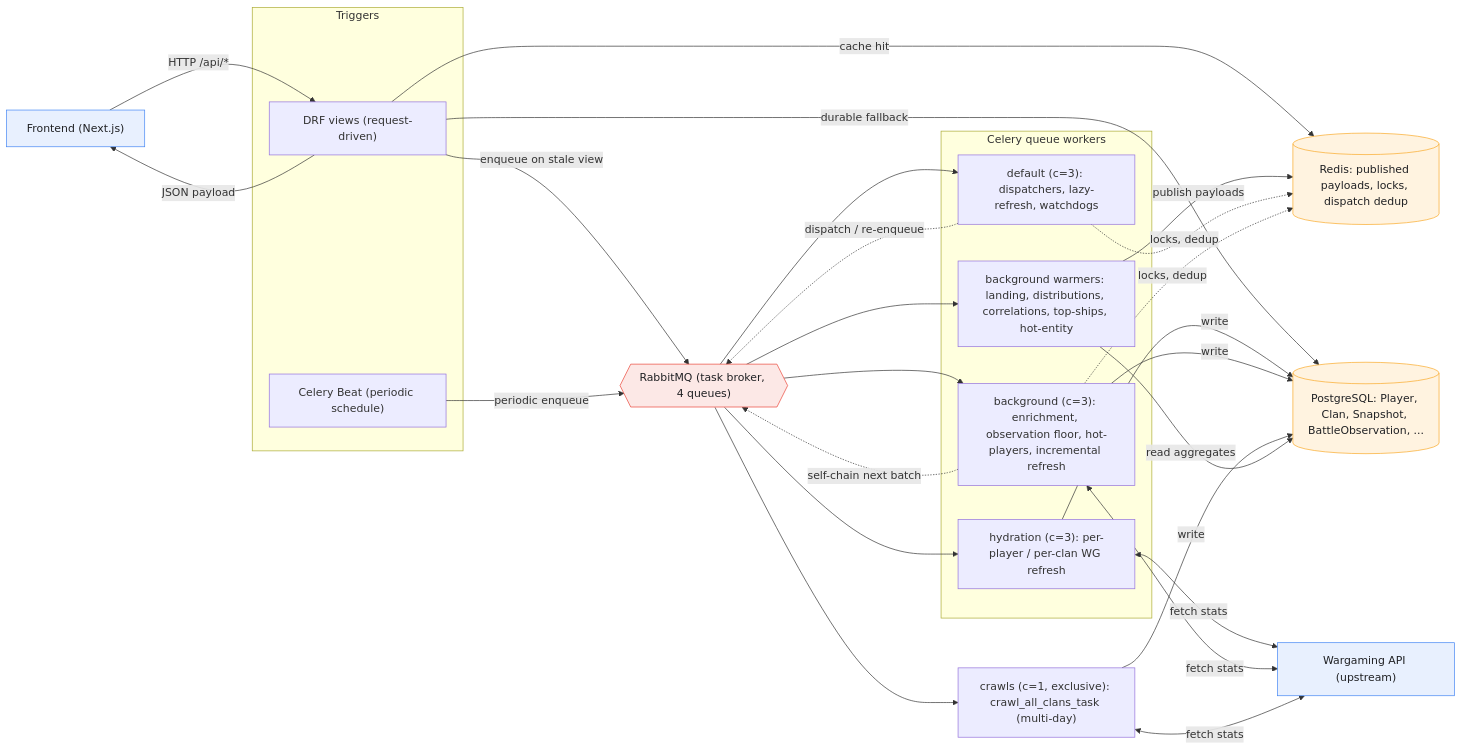
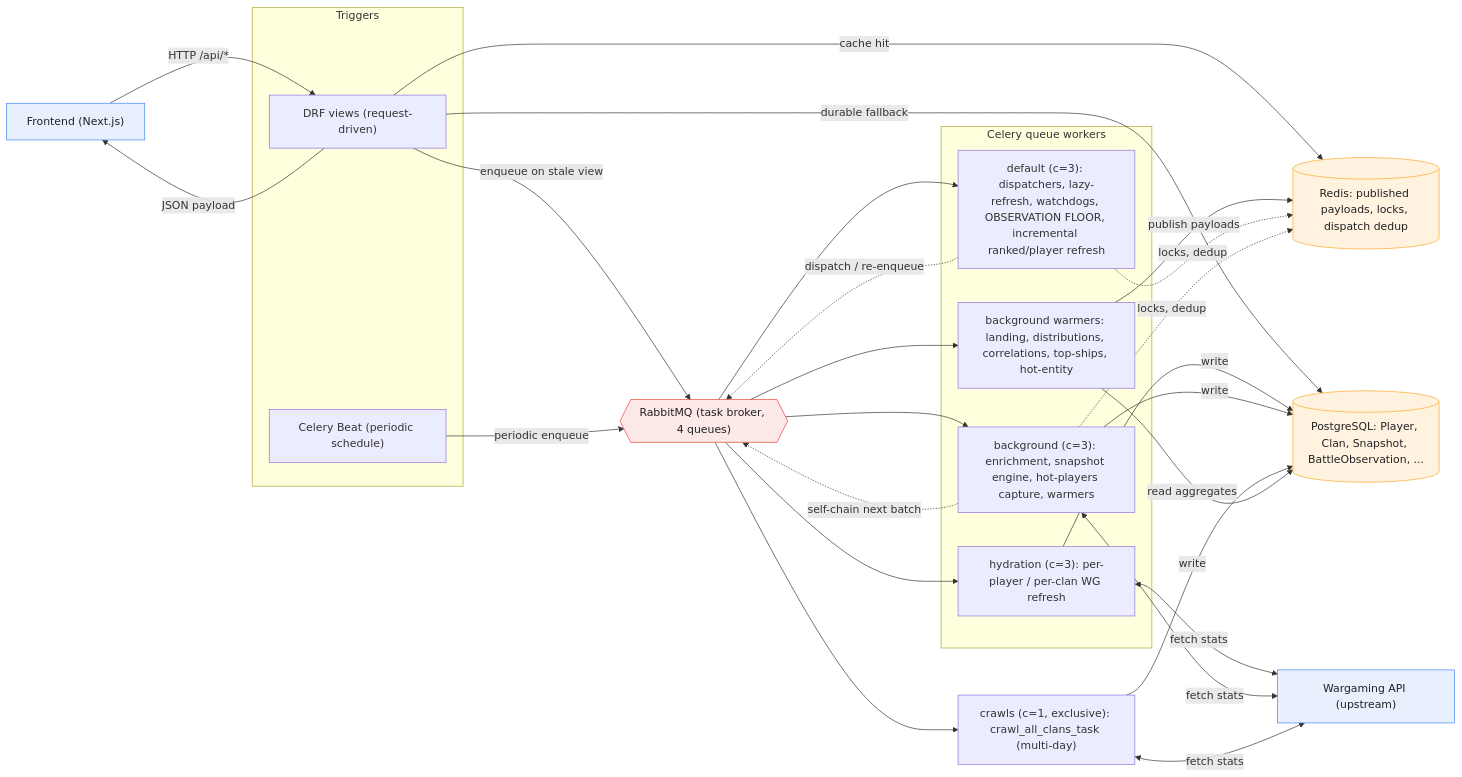
Before and after one commit to nitro-panks/battlestats: the first of 3 diagrams in agents/diagrams/queue-data-flow.md, drawn with Mermaid. The commit also changed other lines of this file and 2 other files, not shown here.

First line of the commit message:
chore(floor): persist na cooldown/self-chain flags + correct floor queue in diagrams (#63)

````diff
--- a/agents/diagrams/queue-data-flow.md
+++ b/agents/diagrams/queue-data-flow.md
@@ -8,73 +8,73 @@
 ```mermaid
 flowchart LR
     %% ===== External actors =====
     FE["Frontend (Next.js)"]
     WG["Wargaming API (upstream)"]
 
     %% ===== Triggers =====
     subgraph TRIG["Triggers"]
         VIEWS["DRF views (request-driven)"]
         BEAT["Celery Beat (periodic schedule)"]
     end
 
     %% ===== Broker =====
     MQ{{"RabbitMQ (task broker, 4 queues)"}}
 
     %% ===== Queue workers =====
     subgraph QUEUES["Celery queue workers"]
-        DEF["default (c=3): dispatchers, lazy-refresh, watchdogs"]
+        DEF["default (c=3): dispatchers, lazy-refresh, watchdogs, OBSERVATION FLOOR, incremental ranked/player refresh"]
         HYD["hydration (c=3): per-player / per-clan WG refresh"]
-        BG["background (c=3): enrichment, observation floor, hot-players, incremental refresh"]
+        BG["background (c=3): enrichment, snapshot engine, hot-players capture, warmers"]
         WARM["background warmers: landing, distributions, correlations, top-ships, hot-entity"]
     end
     CRAWL["crawls (c=1, exclusive): crawl_all_clans_task (multi-day)"]
 
     %% ===== Stores =====
     PG[("PostgreSQL: Player, Clan, Snapshot, BattleObservation, ...")]
     RD[("Redis: published payloads, locks, dispatch dedup")]
 
     %% ---- Serve / read path (return leg) ----
     FE -->|"HTTP /api/*"| VIEWS
     VIEWS -->|"cache hit"| RD
     VIEWS -->|"durable fallback"| PG
     VIEWS -->|"JSON payload"| FE
 
     %% ---- Trigger -> broker ----
     VIEWS -->|"enqueue on stale view"| MQ
     BEAT -->|"periodic enqueue"| MQ
 
     %% ---- Broker fan-out ----
     MQ --> DEF
     MQ --> HYD
     MQ --> BG
     MQ --> WARM
     MQ --> CRAWL
 
     %% ---- Ingest: pull from WG, write Postgres ----
     HYD <-->|"fetch stats"| WG
     BG <-->|"fetch stats"| WG
     CRAWL <-->|"fetch stats"| WG
     HYD -->|"write"| PG
     BG -->|"write"| PG
     CRAWL -->|"write"| PG
 
     %% ---- Dispatch / chaining ----
     DEF -.->|"dispatch / re-enqueue"| MQ
     BG -.->|"self-chain next batch"| MQ
 
     %% ---- Warming path ----
     WARM -->|"read aggregates"| PG
     WARM -->|"publish payloads"| RD
 
     %% ---- Locks / dedup ----
     DEF -.->|"locks, dedup"| RD
     BG -.->|"locks, dedup"| RD
 
     %% ===== Styling =====
     classDef ext fill:#e8f0fe,stroke:#4285f4,color:#202124;
     classDef store fill:#fff3e0,stroke:#f9a825,color:#202124;
     classDef broker fill:#fce8e6,stroke:#ea4335,color:#202124;
     class FE,WG ext;
     class PG,RD store;
     class MQ broker;
 ```
````
